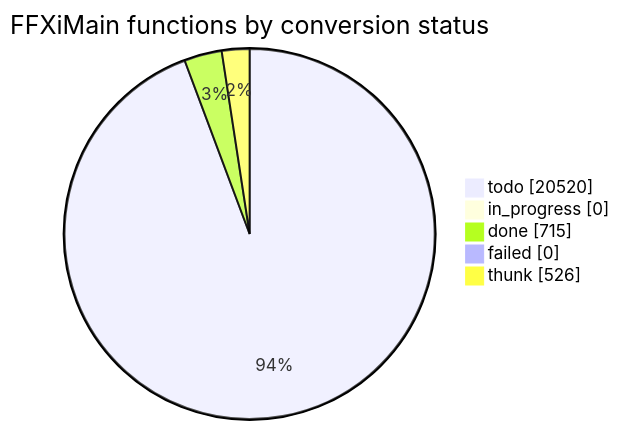
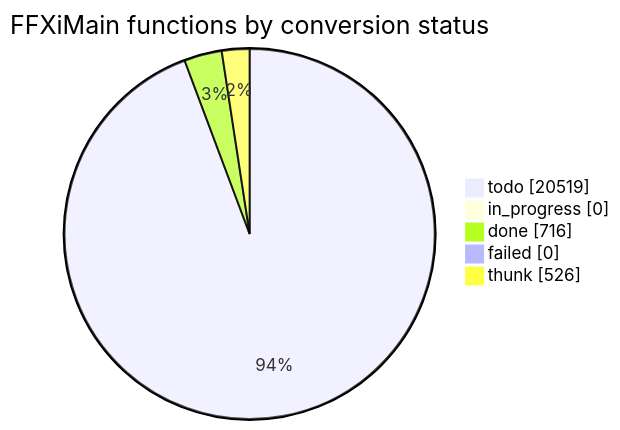
One commit to cowrevenge/cow_kuluu_xi_anything changed the diagram in docs/cow/STATUS.md. Above: the diagram before and after it, drawn with Mermaid. The commit also changed other lines of this file and 9 other files, not shown here.

````diff
--- a/docs/cow/STATUS.md
+++ b/docs/cow/STATUS.md
@@ -18,9 +18,9 @@
 ```mermaid
 pie showData
     title FFXiMain functions by conversion status
-    "todo" : 20520
+    "todo" : 20519
     "in_progress" : 0
-    "done" : 715
+    "done" : 716
     "failed" : 0
     "thunk" : 526
 ```
````
